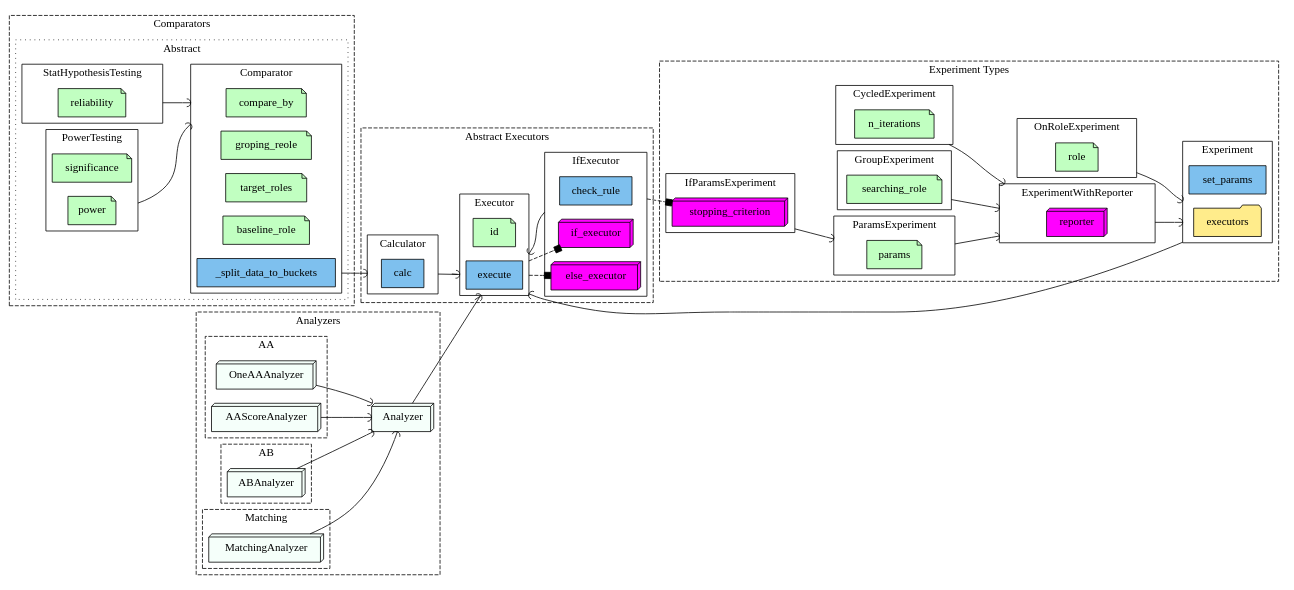
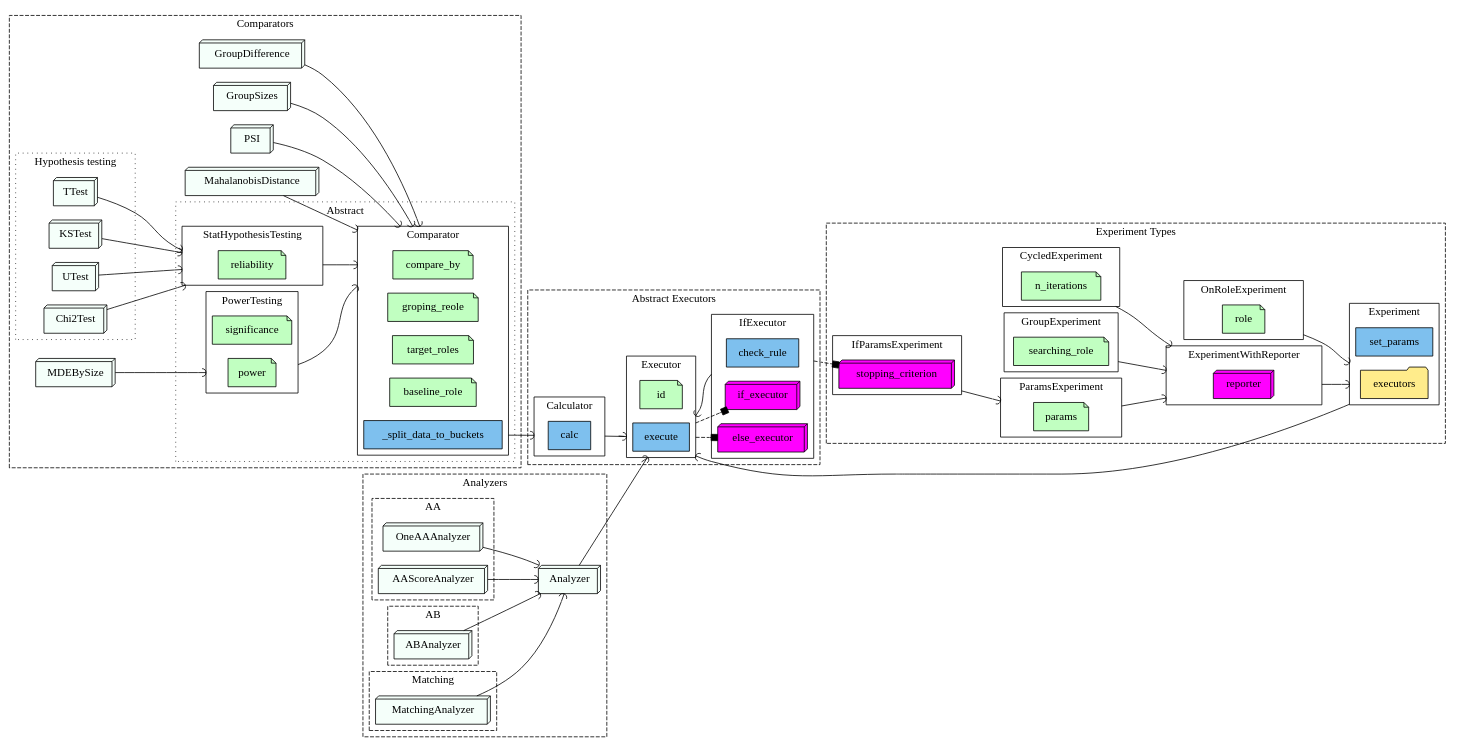
Before and after one commit to sb-ai-lab/HypEx: the diagram in schemes/executors_famaly.dot, drawn with Graphviz.

Commit message:
Comporators are finished

```diff
--- a/schemes/executors_famaly.dot
+++ b/schemes/executors_famaly.dot
@@ -40,6 +40,16 @@
         aa_score_analyzer[label="AAScoreAnalyzer", fillcolor=mintcream]
         ab_analyzer[label="ABAnalyzer", fillcolor=mintcream]
         matching_analyzer[label="MatchingAnalyzer", fillcolor=mintcream]
+        // Comporators-------------
+        group_diff[label="GroupDifference", fillcolor=mintcream]
+        group_sizes[label="GroupSizes", fillcolor=mintcream]
+        psi[label="PSI", fillcolor=mintcream]
+        maha_dist[label="MahalanobisDistance", fillcolor=mintcream]
+        ttest[label="TTest", fillcolor=mintcream]
+        kstest[label="KSTest", fillcolor=mintcream]
+        utest[label="UTest", fillcolor=mintcream]
+        chi2test[label="Chi2Test", fillcolor=mintcream]
+        mdebysize[label="MDEBySize", fillcolor=mintcream]
     }
 
     subgraph collections{
@@ -234,5 +244,33 @@
                 lhead=cluster_comporator
             ]
         }
+
+        {
+            group_diff, 
+            group_sizes
+            psi
+            maha_dist
+        } -> compare_by [        
+            arrowhead=curve
+            lhead=cluster_comporator
+        ]
+
+        subgraph cluster_hyp_testing{
+            graph[label="Hypothesis testing", style=dotted]
+            {
+                ttest
+                kstest
+                utest
+                chi2test
+            } -> reliability [        
+                arrowhead=curve
+                lhead=cluster_stat_hyp_testing
+            ]
+        }
+
+        mdebysize -> power [        
+            arrowhead=curve
+            lhead=cluster_power_testing
+        ]
     }
 }
```
